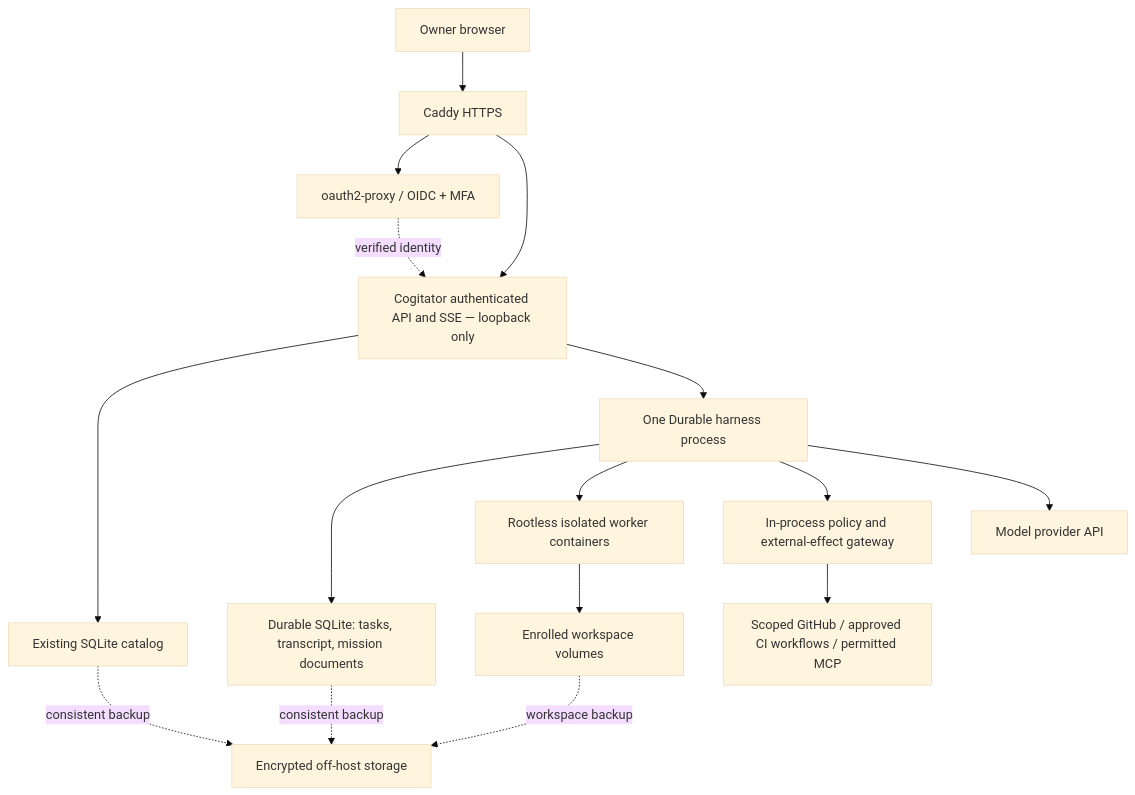
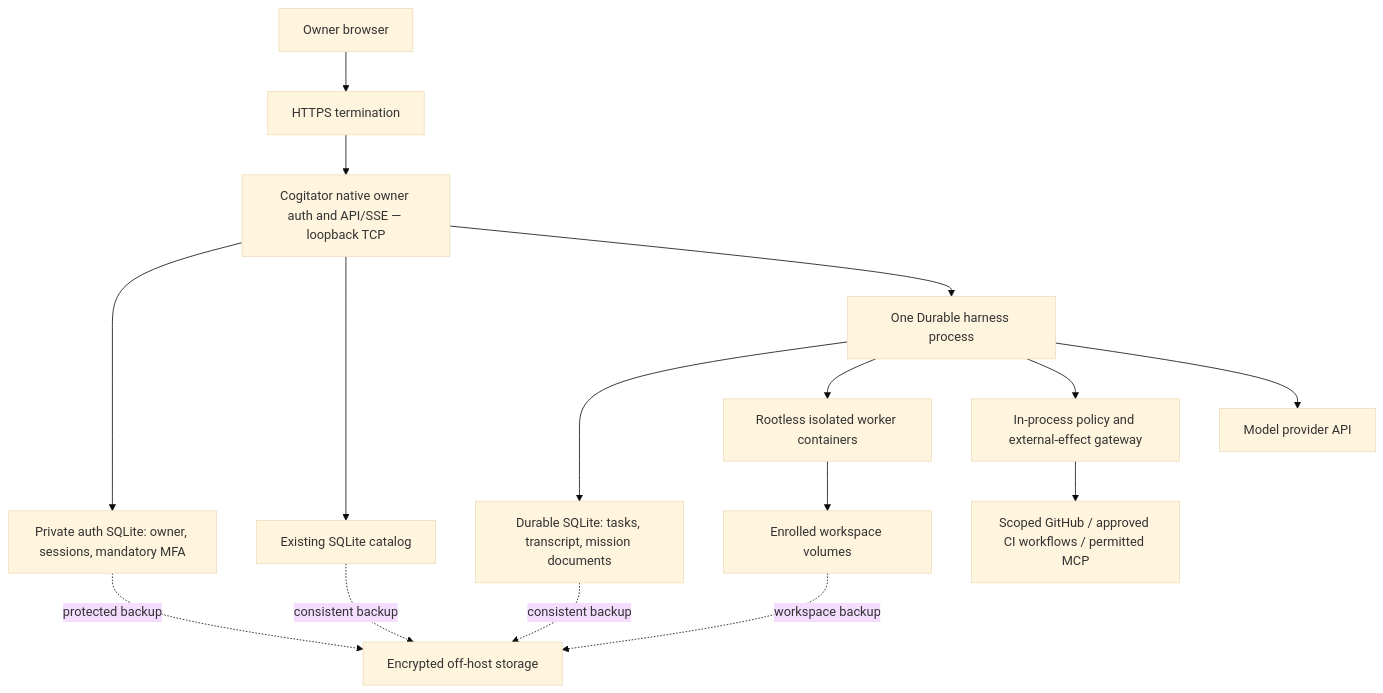
One commit to IgnitionAI/cogitator changed the first of 2 diagrams in docs/context/plans/active/0002-secure-vps-durable.md. Above: the diagram before and after it, drawn with Mermaid (base theme). The commit also changed other lines of this file and 57 other files, not shown here.

First line of the commit message:
feat: native single-owner login with mandatory MFA (ADR-009)

````diff
--- a/docs/context/plans/active/0002-secure-vps-durable.md
+++ b/docs/context/plans/active/0002-secure-vps-durable.md
@@ -74,18 +72,18 @@
 ```mermaid
 flowchart TD
-    Browser[Owner browser] --> TLS[Caddy HTTPS]
-    TLS --> Identity[oauth2-proxy / OIDC + MFA]
-    TLS --> API[Cogitator authenticated API and SSE — loopback only]
-    Identity -. verified identity .-> API
+    Browser[Owner browser] --> TLS[HTTPS termination]
+    TLS --> API[Cogitator native owner auth and API/SSE — loopback TCP]
+    API --> Identity[Private auth SQLite: owner, sessions, mandatory MFA]
+    Identity -. protected backup .-> Backup
     API --> Catalog[Existing SQLite catalog]
     API --> Runtime[One Durable harness process]
     Runtime --> State[Durable SQLite: tasks, transcript, mission documents]
     Runtime --> Worker[Rootless isolated worker containers]
     Worker --> Files[Enrolled workspace volumes]
     Runtime --> Effects[In-process policy and external-effect gateway]
     Effects --> External[Scoped GitHub / approved CI workflows / permitted MCP]
     Runtime --> Models[Model provider API]
     State -. consistent backup .-> Backup[Encrypted off-host storage]
     Catalog -. consistent backup .-> Backup
     Files -. workspace backup .-> Backup
 ```
````
